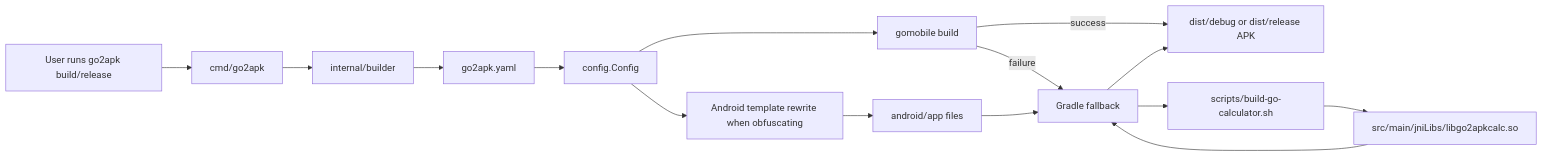
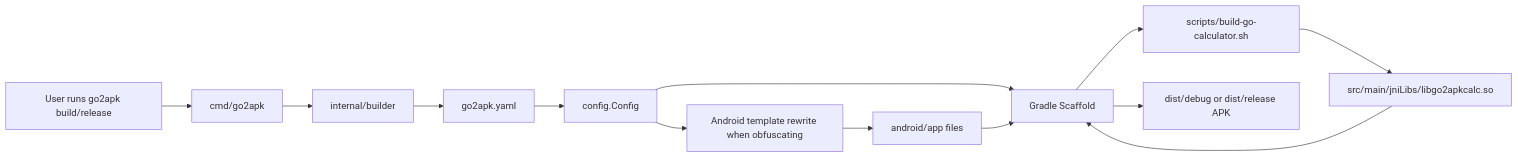
One commit to Baba01hacker666/Go2APK changed the second of 4 diagrams in WORKINGS.md. Above: the diagram before and after it, drawn with Mermaid. The commit also changed other lines of this file, not shown here.

Commit message:
docs: update WORKINGS.md to reflect gomobile-free architecture

````diff
--- a/WORKINGS.md
+++ b/WORKINGS.md
@@ -629,17 +571,15 @@
 ```mermaid
 flowchart LR
     User[User runs go2apk build/release] --> CLI[cmd/go2apk]
     CLI --> Builder[internal/builder]
     Builder --> ConfigFile[go2apk.yaml]
     ConfigFile --> Config[config.Config]
-    Config --> Gomobile[gomobile build]
-    Gomobile -->|success| Dist[dist/debug or dist/release APK]
-    Gomobile -->|failure| Gradle[Gradle fallback]
+    Config --> Gradle[Gradle Scaffold]
     Config --> AndroidTemplates[Android template rewrite when obfuscating]
     AndroidTemplates --> AndroidProject[android/app files]
     Gradle --> NativeScript[scripts/build-go-calculator.sh]
     NativeScript --> NativeLibs[src/main/jniLibs/libgo2apkcalc.so]
     NativeLibs --> Gradle
     AndroidProject --> Gradle
-    Gradle --> Dist
+    Gradle --> Dist[dist/debug or dist/release APK]
 ```
````
